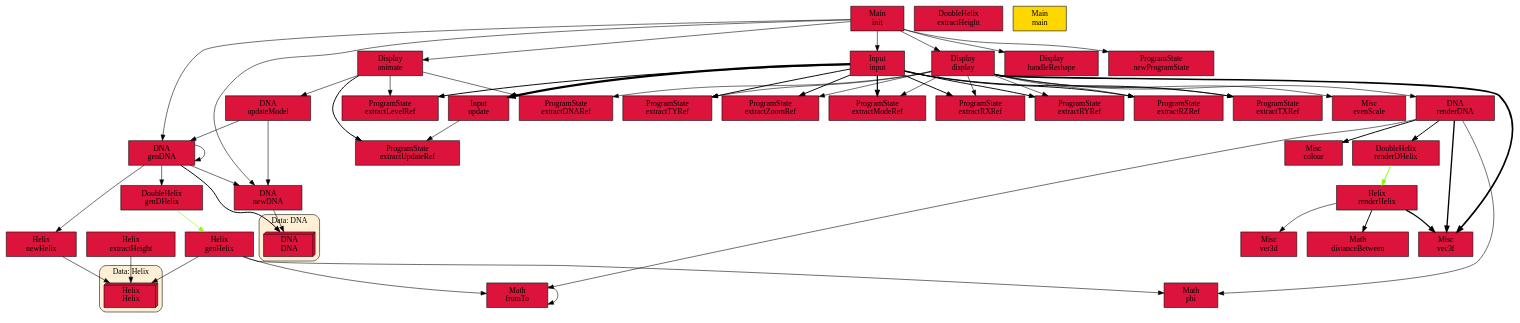
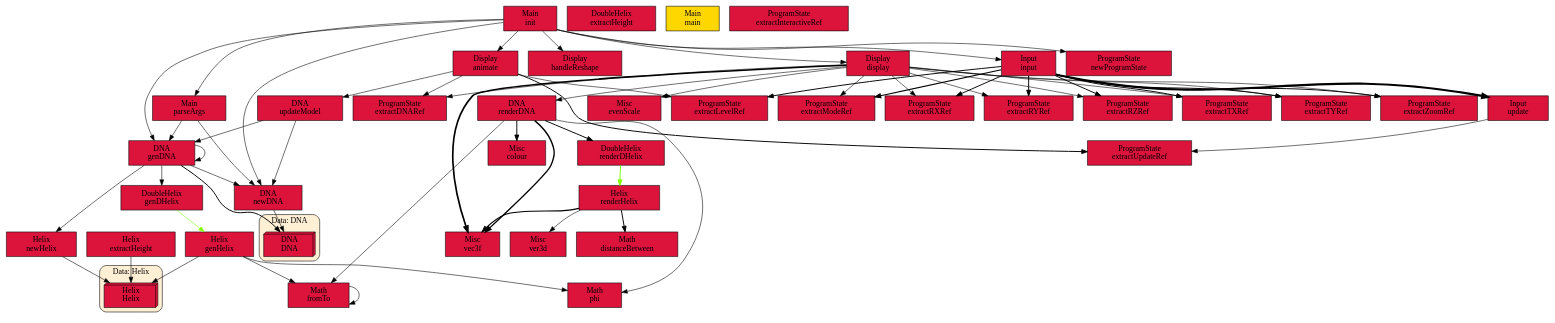
Before and after one commit to SamLex/TheCodeOfLife: the diagram in SourceGraph/graphs/code.dot, drawn with Graphviz. The commit also changed 28 other files, not shown here.

```diff
--- a/SourceGraph/graphs/code.dot
+++ b/SourceGraph/graphs/code.dot
@@ -91,75 +91,83 @@
        ,shape=box
        ,fillcolor=gold
        ,style="filled,solid"];
-    21 [label="Math\ndistanceBetween"
+    21 [label="Main\nparseArgs"
        ,shape=box
        ,fillcolor=crimson
        ,style="filled,solid"];
-    22 [label="Math\nfromTo"
+    22 [label="Math\ndistanceBetween"
        ,shape=box
        ,fillcolor=crimson
        ,style="filled,solid"];
-    23 [label="Math\nphi"
+    23 [label="Math\nfromTo"
        ,shape=box
        ,fillcolor=crimson
        ,style="filled,solid"];
-    24 [label="Misc\ncolour"
+    24 [label="Math\nphi"
        ,shape=box
        ,fillcolor=crimson
        ,style="filled,solid"];
-    25 [label="Misc\nevenScale"
+    25 [label="Misc\ncolour"
        ,shape=box
        ,fillcolor=crimson
        ,style="filled,solid"];
-    26 [label="Misc\nvec3f"
+    26 [label="Misc\nevenScale"
        ,shape=box
        ,fillcolor=crimson
        ,style="filled,solid"];
-    27 [label="Misc\nver3d"
+    27 [label="Misc\nvec3f"
        ,shape=box
        ,fillcolor=crimson
        ,style="filled,solid"];
-    28 [label="ProgramState\nextractDNARef"
+    28 [label="Misc\nver3d"
        ,shape=box
        ,fillcolor=crimson
        ,style="filled,solid"];
-    29 [label="ProgramState\nextractLevelRef"
+    29 [label="ProgramState\nextractDNARef"
        ,shape=box
        ,fillcolor=crimson
        ,style="filled,solid"];
-    30 [label="ProgramState\nextractModeRef"
+    30 [label="ProgramState\nextractInteractiveRef"
        ,shape=box
        ,fillcolor=crimson
        ,style="filled,solid"];
-    31 [label="ProgramState\nextractRXRef"
+    31 [label="ProgramState\nextractLevelRef"
        ,shape=box
        ,fillcolor=crimson
        ,style="filled,solid"];
-    32 [label="ProgramState\nextractRYRef"
+    32 [label="ProgramState\nextractModeRef"
        ,shape=box
        ,fillcolor=crimson
        ,style="filled,solid"];
-    33 [label="ProgramState\nextractRZRef"
+    33 [label="ProgramState\nextractRXRef"
        ,shape=box
        ,fillcolor=crimson
        ,style="filled,solid"];
-    34 [label="ProgramState\nextractTXRef"
+    34 [label="ProgramState\nextractRYRef"
        ,shape=box
        ,fillcolor=crimson
        ,style="filled,solid"];
-    35 [label="ProgramState\nextractTYRef"
+    35 [label="ProgramState\nextractRZRef"
        ,shape=box
        ,fillcolor=crimson
        ,style="filled,solid"];
-    36 [label="ProgramState\nextractUpdateRef"
+    36 [label="ProgramState\nextractTXRef"
        ,shape=box
        ,fillcolor=crimson
        ,style="filled,solid"];
-    37 [label="ProgramState\nextractZoomRef"
+    37 [label="ProgramState\nextractTYRef"
        ,shape=box
        ,fillcolor=crimson
        ,style="filled,solid"];
-    38 [label="ProgramState\nnewProgramState"
+    38 [label="ProgramState\nextractUpdateRef"
+       ,shape=box
+       ,fillcolor=crimson
+       ,style="filled,solid"];
+    39 [label="ProgramState\nextractZoomRef"
+       ,shape=box
+       ,fillcolor=crimson
+       ,style="filled,solid"];
+    40 [label="ProgramState\nnewProgramState"
        ,shape=box
        ,fillcolor=crimson
        ,style="filled,solid"];
@@ -174,33 +182,29 @@
     3 -> 1 [penwidth=1,color=black];
     4 -> 11 [penwidth=1.6931471805599454
             ,color=black];
-    4 -> 22 [penwidth=1
-            ,color=black];
     4 -> 23 [penwidth=1
             ,color=black];
-    4 -> 24 [penwidth=1.6931471805599454
+    4 -> 24 [penwidth=1
             ,color=black];
-    4 -> 26 [penwidth=2.386294361119891
+    4 -> 25 [penwidth=1.6931471805599454
+            ,color=black];
+    4 -> 27 [penwidth=2.386294361119891
             ,color=black];
     5 -> 2 [penwidth=1,color=black];
     5 -> 3 [penwidth=1,color=black];
     6 -> 5 [penwidth=1,color=black];
-    6 -> 28 [penwidth=1
-            ,color=black];
     6 -> 29 [penwidth=1
             ,color=black];
-    6 -> 36 [penwidth=1.6931471805599454
+    6 -> 31 [penwidth=1
+            ,color=black];
+    6 -> 38 [penwidth=1.6931471805599454
             ,color=black];
     7 -> 4 [penwidth=1,color=black];
-    7 -> 25 [penwidth=1
+    7 -> 26 [penwidth=1
             ,color=black];
-    7 -> 26 [penwidth=2.9459101490553135
+    7 -> 27 [penwidth=2.9459101490553135
             ,color=black];
-    7 -> 28 [penwidth=1
-            ,color=black];
-    7 -> 30 [penwidth=1
-            ,color=black];
-    7 -> 31 [penwidth=1
+    7 -> 29 [penwidth=1
             ,color=black];
     7 -> 32 [penwidth=1
             ,color=black];
@@ -210,7 +214,11 @@
             ,color=black];
     7 -> 35 [penwidth=1
             ,color=black];
+    7 -> 36 [penwidth=1
+            ,color=black];
     7 -> 37 [penwidth=1
+            ,color=black];
+    7 -> 39 [penwidth=1
             ,color=black];
     10 -> 14 [penwidth=1
              ,color=chartreuse];
@@ -220,27 +228,23 @@
              ,color=black];
     14 -> 12 [penwidth=1
              ,color=black];
-    14 -> 22 [penwidth=1
+    14 -> 23 [penwidth=1
              ,color=black];
-    14 -> 23 [penwidth=1
+    14 -> 24 [penwidth=1
              ,color=black];
     15 -> 12 [penwidth=1
              ,color=black];
-    16 -> 21 [penwidth=1.6931471805599454
+    16 -> 22 [penwidth=1.6931471805599454
              ,color=black];
-    16 -> 26 [penwidth=2.09861228866811
+    16 -> 27 [penwidth=2.09861228866811
              ,color=black];
-    16 -> 27 [penwidth=1
+    16 -> 28 [penwidth=1
              ,color=black];
     17 -> 18 [penwidth=3.833213344056216
              ,color=black];
-    17 -> 29 [penwidth=1.6931471805599454
-             ,color=black];
-    17 -> 30 [penwidth=2.09861228866811
-             ,color=black];
     17 -> 31 [penwidth=1.6931471805599454
              ,color=black];
-    17 -> 32 [penwidth=1.6931471805599454
+    17 -> 32 [penwidth=2.09861228866811
              ,color=black];
     17 -> 33 [penwidth=1.6931471805599454
              ,color=black];
@@ -248,9 +252,13 @@
              ,color=black];
     17 -> 35 [penwidth=1.6931471805599454
              ,color=black];
+    17 -> 36 [penwidth=1.6931471805599454
+             ,color=black];
     17 -> 37 [penwidth=1.6931471805599454
              ,color=black];
-    18 -> 36 [penwidth=1
+    17 -> 39 [penwidth=1.6931471805599454
+             ,color=black];
+    18 -> 38 [penwidth=1
              ,color=black];
     19 -> 2 [penwidth=1
             ,color=black];
@@ -264,8 +272,14 @@
             ,color=black];
     19 -> 17 [penwidth=1
              ,color=black];
-    19 -> 38 [penwidth=1
+    19 -> 21 [penwidth=1
              ,color=black];
-    22 -> 22 [penwidth=1
+    19 -> 40 [penwidth=1
+             ,color=black];
+    21 -> 2 [penwidth=1
+            ,color=black];
+    21 -> 3 [penwidth=1
+            ,color=black];
+    23 -> 23 [penwidth=1
              ,color=black];
 }
```
